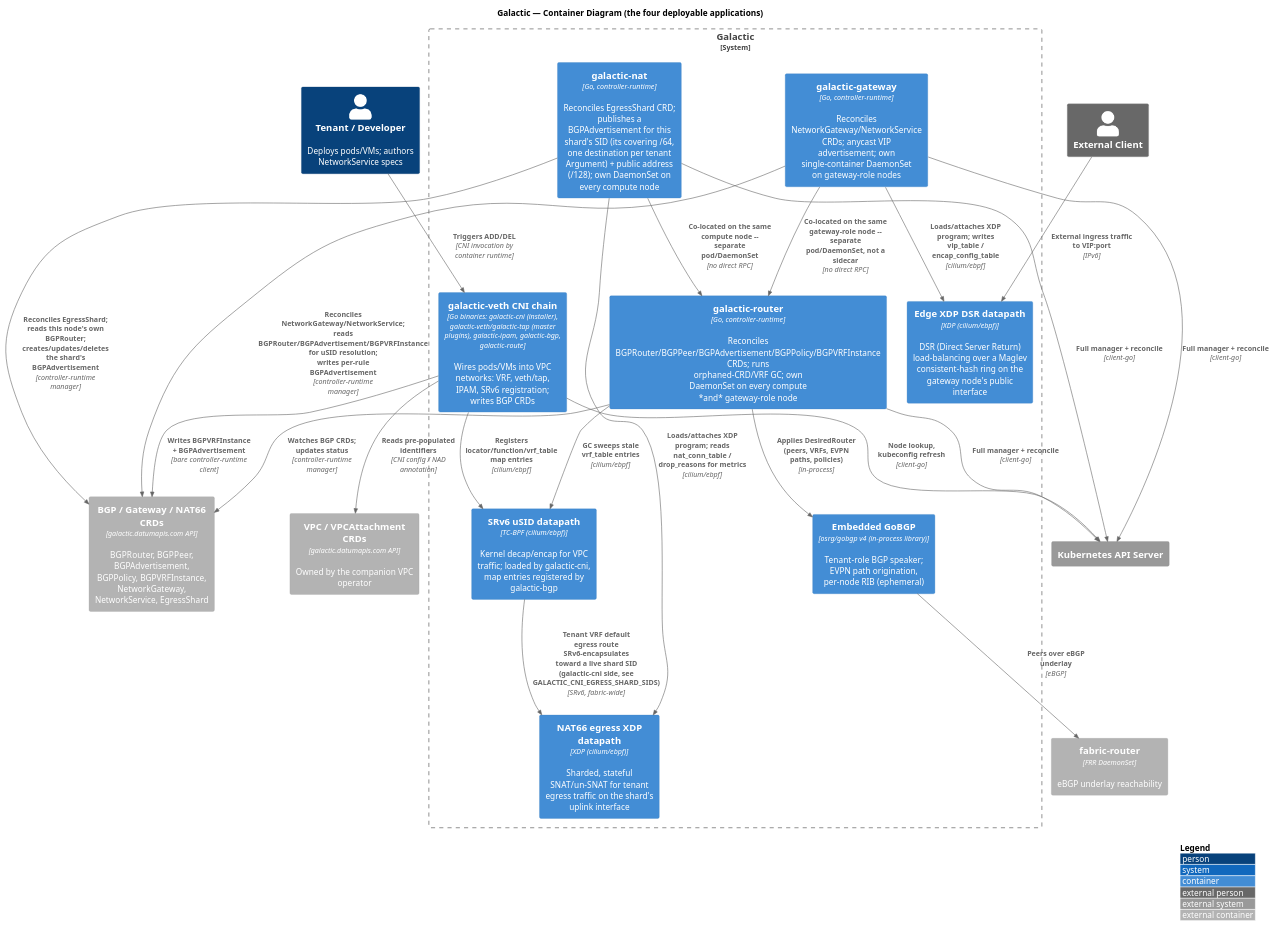
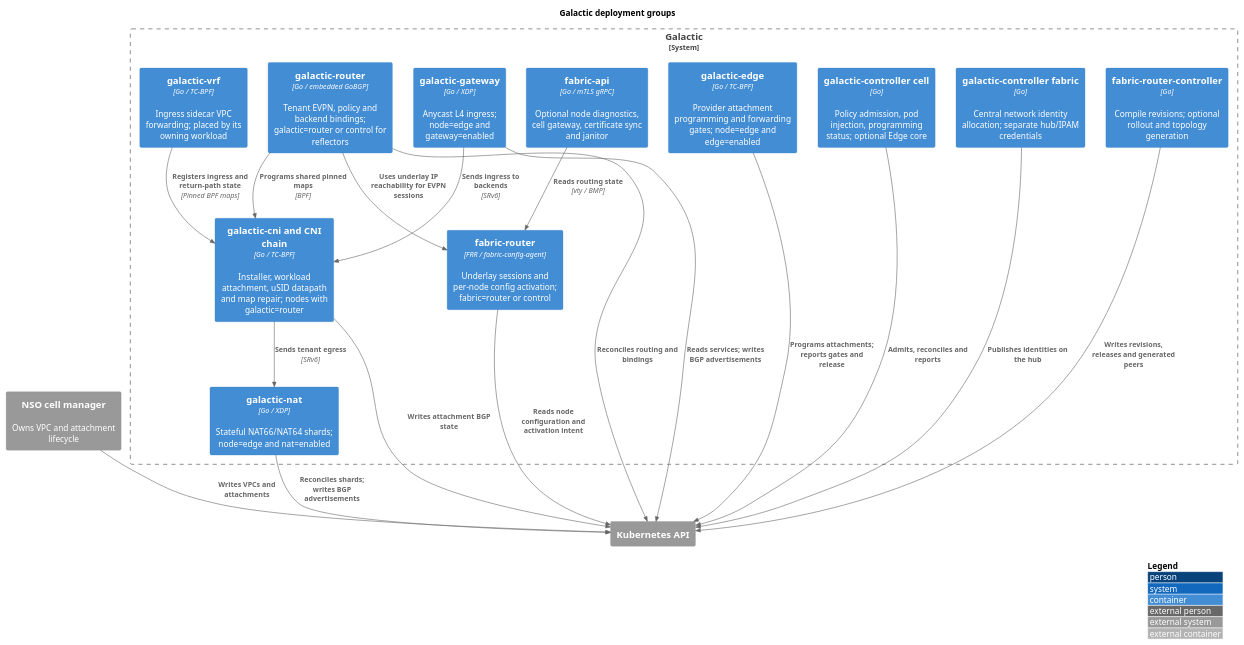
The diagram in docs/architecture/containers.puml (datum-cloud/galactic), drawn with PlantUML before and after one commit. The commit also changed 28 other files, not shown here.

Commit message:
docs: Clarify component architecture and operating guides

```diff
--- a/docs/architecture/containers.puml
+++ b/docs/architecture/containers.puml
@@ -1,59 +1,36 @@
 @startuml containers
-!include https://raw.githubusercontent.com/plantuml-stdlib/C4-PlantUML/master/C4_Container.puml
-
+!include <C4/C4_Container>
 LAYOUT_WITH_LEGEND()
-
-title Galactic — Container Diagram (the four deployable applications)
-
-Person(tenant, "Tenant / Developer", "Deploys pods/VMs; authors NetworkService specs")
-Person_Ext(client, "External Client")
-
+title Galactic deployment groups
+System_Ext(k8s, "Kubernetes API")
+System_Ext(nso, "NSO cell manager", "Owns VPC and attachment lifecycle")
 System_Boundary(galactic, "Galactic") {
-    Container(cnichain, "galactic-veth CNI chain", "Go binaries: galactic-cni (installer), galactic-veth/galactic-tap (master plugins), galactic-ipam, galactic-bgp, galactic-route", "Wires pods/VMs into VPC networks: VRF, veth/tap, IPAM, SRv6 registration; writes BGP CRDs")
-    Container(usidbpf, "SRv6 uSID datapath", "TC-BPF (cilium/ebpf)", "Kernel decap/encap for VPC traffic; loaded by galactic-cni, map entries registered by galactic-bgp")
-
-    Container(router, "galactic-router", "Go, controller-runtime", "Reconciles BGPRouter/BGPPeer/BGPAdvertisement/BGPPolicy/BGPVRFInstance CRDs; runs orphaned-CRD/VRF GC; own DaemonSet on every compute *and* gateway-role node")
-    Container(gobgp, "Embedded GoBGP", "osrg/gobgp v4 (in-process library)", "Tenant-role BGP speaker; EVPN path origination, per-node RIB (ephemeral)")
-
-    Container(gateway, "galactic-gateway", "Go, controller-runtime", "Reconciles NetworkGateway/NetworkService CRDs; anycast VIP advertisement; own single-container DaemonSet on gateway-role nodes")
-    Container(edgebpf, "Edge XDP DSR datapath", "XDP (cilium/ebpf)", "DSR (Direct Server Return) load-balancing over a Maglev consistent-hash ring on the gateway node's public interface")
-
-    Container(nat66, "galactic-nat", "Go, controller-runtime", "Reconciles EgressShard CRD; publishes a BGPAdvertisement for this shard's SID (its covering /64, one destination per tenant Argument) + public address (/128); own DaemonSet on every compute node")
-    Container(nat66bpf, "NAT66 egress XDP datapath", "XDP (cilium/ebpf)", "Sharded, stateful SNAT/un-SNAT for tenant egress traffic on the shard's uplink interface")
+    Container(cni, "galactic-cni and CNI chain", "Go / TC-BPF", "Installer, workload attachment, uSID datapath and map repair; nodes with galactic=router")
+    Container(router, "galactic-router", "Go / embedded GoBGP", "Tenant EVPN, policy and backend bindings; galactic=router or control for reflectors")
+    Container(gateway, "galactic-gateway", "Go / XDP", "Anycast L4 ingress; node=edge and gateway=enabled")
+    Container(nat, "galactic-nat", "Go / XDP", "Stateful NAT66/NAT64 shards; node=edge and nat=enabled")
+    Container(edge, "galactic-edge", "Go / TC-BPF", "Provider attachment programming and forwarding gates; node=edge and edge=enabled")
+    Container(vrf, "galactic-vrf", "Go / TC-BPF", "Ingress sidecar VPC forwarding; placed by its owning workload")
+    Container(cell, "galactic-controller cell", "Go", "Policy admission, pod injection, programming status; optional Edge core")
+    Container(identity, "galactic-controller fabric", "Go", "Central network identity allocation; separate hub/IPAM credentials")
+    Container(frr, "fabric-router", "FRR / fabric-config-agent", "Underlay sessions and per-node config activation; fabric=router or control")
+    Container(fabricctl, "fabric-router-controller", "Go", "Compile revisions; optional rollout and topology generation")
+    Container(api, "fabric-api", "Go / mTLS gRPC", "Optional node diagnostics, cell gateway, certificate sync and janitor")
 }
-
-Container_Ext(crds, "BGP / Gateway / NAT66 CRDs", "galactic.datumapis.com API", "BGPRouter, BGPPeer, BGPAdvertisement, BGPPolicy, BGPVRFInstance, NetworkGateway, NetworkService, EgressShard")
-Container_Ext(vpccrds, "VPC / VPCAttachment CRDs", "galactic.datumapis.com API", "Owned by the companion VPC operator")
-Container_Ext(fabric, "fabric-router", "FRR DaemonSet", "eBGP underlay reachability")
-System_Ext(k8sapi, "Kubernetes API Server")
-
-' CNI chain internals
-Rel(tenant, cnichain, "Triggers ADD/DEL", "CNI invocation by container runtime")
-Rel(cnichain, vpccrds, "Reads pre-populated identifiers", "CNI config / NAD annotation")
-Rel(cnichain, crds, "Writes BGPVRFInstance + BGPAdvertisement", "bare controller-runtime client")
-Rel(cnichain, usidbpf, "Registers locator/function/vrf_table map entries", "cilium/ebpf")
-
-' Router internals
-Rel(router, crds, "Watches BGP CRDs; updates status", "controller-runtime manager")
-Rel(router, gobgp, "Applies DesiredRouter (peers, VRFs, EVPN paths, policies)", "in-process")
-Rel(router, usidbpf, "GC sweeps stale vrf_table entries", "cilium/ebpf")
-Rel(gobgp, fabric, "Peers over eBGP underlay", "eBGP")
-
-' Gateway internals
-Rel(gateway, crds, "Reconciles NetworkGateway/NetworkService; reads BGPRouter/BGPAdvertisement/BGPVRFInstance for uSID resolution; writes per-rule BGPAdvertisement", "controller-runtime manager")
-Rel(gateway, edgebpf, "Loads/attaches XDP program; writes vip_table / encap_config_table", "cilium/ebpf")
-Rel(client, edgebpf, "External ingress traffic to VIP:port", "IPv6")
-Rel(gateway, router, "Co-located on the same gateway-role node -- separate pod/DaemonSet, not a sidecar", "no direct RPC")
-
-' NAT66 internals
-Rel(nat66, crds, "Reconciles EgressShard; reads this node's own BGPRouter; creates/updates/deletes the shard's BGPAdvertisement", "controller-runtime manager")
-Rel(nat66, nat66bpf, "Loads/attaches XDP program; reads nat_conn_table / drop_reasons for metrics", "cilium/ebpf")
-Rel(usidbpf, nat66bpf, "Tenant VRF default egress route SRv6-encapsulates toward a live shard SID (galactic-cni side, see GALACTIC_CNI_EGRESS_SHARD_SIDS)", "SRv6, fabric-wide")
-Rel(nat66, router, "Co-located on the same compute node -- separate pod/DaemonSet", "no direct RPC")
-
-Rel(cnichain, k8sapi, "Node lookup, kubeconfig refresh", "client-go")
-Rel(router, k8sapi, "Full manager + reconcile", "client-go")
-Rel(gateway, k8sapi, "Full manager + reconcile", "client-go")
-Rel(nat66, k8sapi, "Full manager + reconcile", "client-go")
-
+Rel(nso, k8s, "Writes VPCs and attachments")
+Rel(cni, k8s, "Writes attachment BGP state")
+Rel(router, k8s, "Reconciles routing and bindings")
+Rel(gateway, k8s, "Reads services; writes BGP advertisements")
+Rel(nat, k8s, "Reconciles shards; writes BGP advertisements")
+Rel(edge, k8s, "Programs attachments; reports gates and release")
+Rel(cell, k8s, "Admits, reconciles and reports")
+Rel(identity, k8s, "Publishes identities on the hub")
+Rel(fabricctl, k8s, "Writes revisions, releases and generated peers")
+Rel(frr, k8s, "Reads node configuration and activation intent")
+Rel(api, frr, "Reads routing state", "vty / BMP")
+Rel(router, cni, "Programs shared pinned maps", "BPF")
+Rel(cni, nat, "Sends tenant egress", "SRv6")
+Rel(gateway, cni, "Sends ingress to backends", "SRv6")
+Rel(vrf, cni, "Registers ingress and return-path state", "Pinned BPF maps")
+Rel(router, frr, "Uses underlay IP reachability for EVPN sessions")
 @enduml
```
